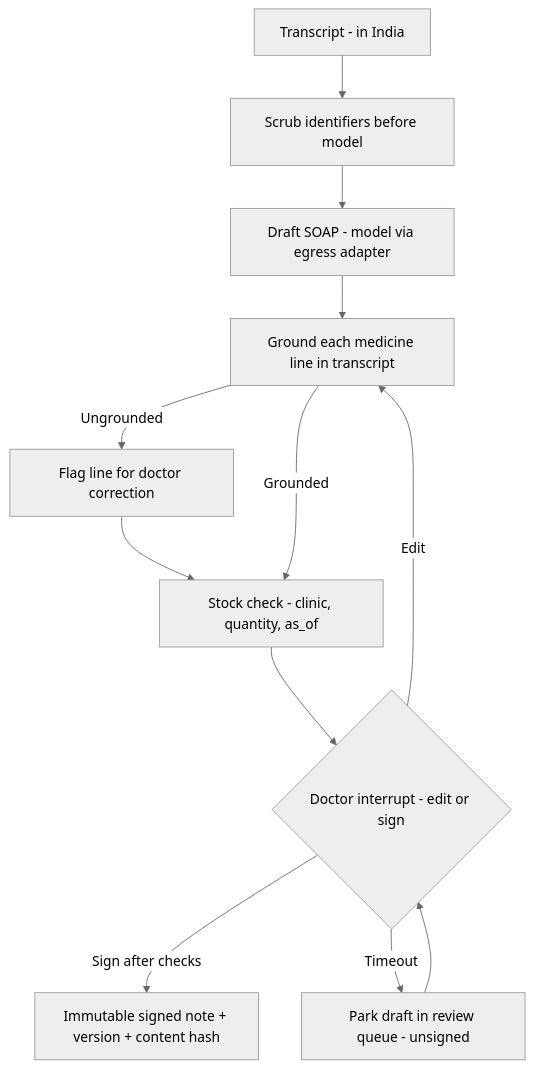
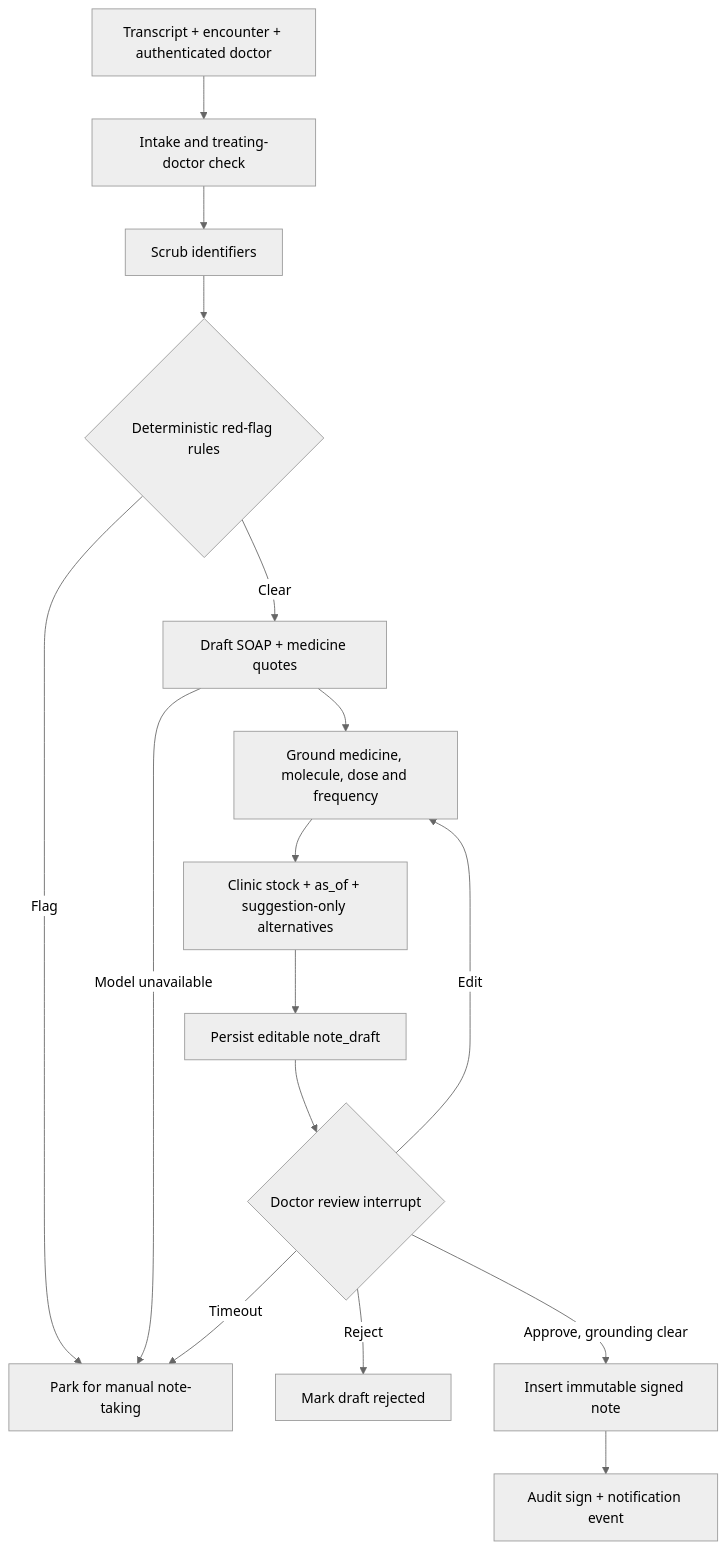
One commit to akilakuppuswamy1/Sahyog_care changed the diagram in docs/diagrams/w3-graph.md. Above: the diagram before and after it, drawn with Mermaid (neutral theme). The commit also changed other lines of this file and 21 other files, not shown here.

Commit message:
Pro-3: W3 scribe backend: dictations, stock adapters, drafts, grounding, stock check, doctor sign-off, migrations 008-009

````diff
--- a/docs/diagrams/w3-graph.md
+++ b/docs/diagrams/w3-graph.md
@@ -6,14 +8,18 @@
 ```mermaid
 flowchart TD
-    T[Transcript - in India] --> S[Scrub identifiers before model]
-    S --> SOAP[Draft SOAP - model via egress adapter]
-    SOAP --> G[Ground each medicine line in transcript]
-    G -->|Ungrounded| FIX[Flag line for doctor correction]
-    FIX --> STOCK
-    G -->|Grounded| STOCK[Stock check - clinic, quantity, as_of]
-    STOCK --> I{Doctor interrupt - edit or sign}
-    I -->|Edit| G
-    I -->|Sign after checks| N[Immutable signed note + version + content hash]
-    I -->|Timeout| Q[Park draft in review queue - unsigned]
-    Q --> I
+    T[Transcript + encounter + authenticated doctor] --> I[Intake and treating-doctor check]
+    I --> S[Scrub identifiers]
+    S --> R{Deterministic red-flag rules}
+    R -->|Flag| Q[Park for manual note-taking]
+    R -->|Clear| SOAP[Draft SOAP + medicine quotes]
+    SOAP -->|Model unavailable| Q
+    SOAP --> G[Ground medicine, molecule, dose and frequency]
+    G --> STOCK[Clinic stock + as_of + suggestion-only alternatives]
+    STOCK --> D[Persist editable note_draft]
+    D --> H{Doctor review interrupt}
+    H -->|Edit| G
+    H -->|Reject| X[Mark draft rejected]
+    H -->|Approve, grounding clear| N[Insert immutable signed note]
+    H -->|Timeout| Q
+    N --> A[Audit sign + notification event]
 ```
````
